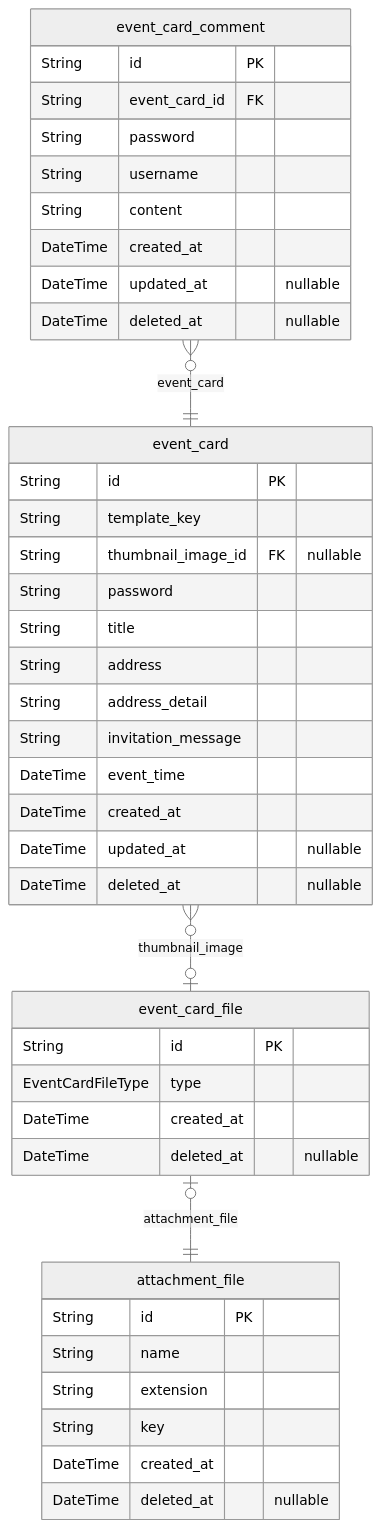
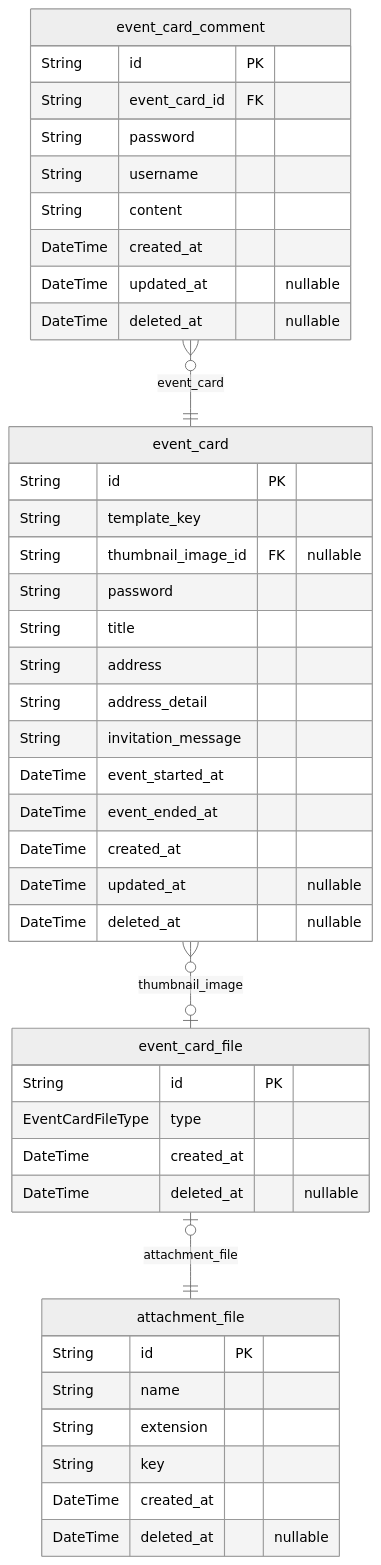
Before and after one commit to ddi-ring/backend: the diagram in ERD.md, drawn with Mermaid (neutral theme). The commit also changed other lines of this file and 13 other files, not shown here.

First line of the commit message:
feat: event time dto 수정 (#7)

````diff
--- a/ERD.md
+++ b/ERD.md
@@ -9,44 +9,45 @@
 ```mermaid
 erDiagram
 "event_card" {
   String id PK
   String template_key
   String thumbnail_image_id FK "nullable"
   String password
   String title
   String address
   String address_detail
   String invitation_message
-  DateTime event_time
+  DateTime event_started_at
+  DateTime event_ended_at
   DateTime created_at
   DateTime updated_at "nullable"
   DateTime deleted_at "nullable"
 }
 "event_card_file" {
   String id PK
   EventCardFileType type
   DateTime created_at
   DateTime deleted_at "nullable"
 }
 "event_card_comment" {
   String id PK
   String event_card_id FK
   String password
   String username
   String content
   DateTime created_at
   DateTime updated_at "nullable"
   DateTime deleted_at "nullable"
 }
 "attachment_file" {
   String id PK
   String name
   String extension
   String key
   DateTime created_at
   DateTime deleted_at "nullable"
 }
 "event_card" }o--o| "event_card_file" : thumbnail_image
 "event_card_file" |o--|| "attachment_file" : attachment_file
 "event_card_comment" }o--|| "event_card" : event_card
 ```
````
